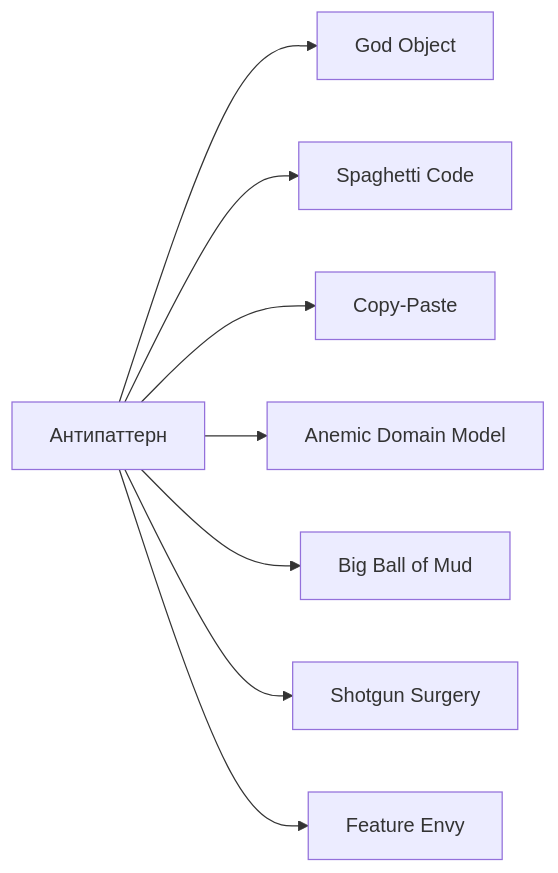
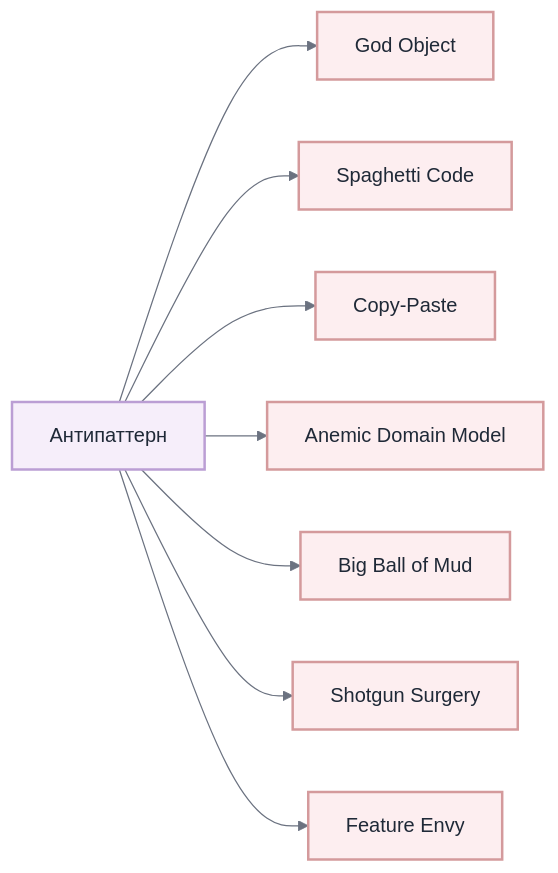
Before and after one commit to MishaSytch/middle_java_back: diagram 16 of 16 in docs/interview/design-patterns.md, drawn with Mermaid. The commit also changed other lines of this file and 15 other files, not shown here.

````diff
--- a/docs/interview/design-patterns.md
+++ b/docs/interview/design-patterns.md
@@ -316,10 +492,21 @@
 ```mermaid
+%%{init: { 'theme': 'neutral', 'themeVariables': { 'primaryColor': '#ffffff', 'primaryTextColor': '#1f2937', 'lineColor': '#6b7280', 'primaryBorderColor': '#d1d5db', 'secondaryColor': '#f3f4f6', 'tertiaryColor': '#e5e7eb' } } }%%
 flowchart LR
     AP[Антипаттерн] --> G[God Object]
     AP --> S[Spaghetti Code]
     AP --> CP[Copy-Paste]
     AP --> AN[Anemic Domain Model]
     AP --> BB[Big Ball of Mud]
     AP --> SS[Shotgun Surgery]
     AP --> FE[Feature Envy]
+    classDef n0 fill:#fdeef0,stroke:#d49a9c,stroke-width:2px,color:#1f2937
+    classDef n1 fill:#f6eefa,stroke:#bb9ed4,stroke-width:2px,color:#1f2937
+    class AP n1
+    class G n0
+    class S n0
+    class CP n0
+    class AN n0
+    class BB n0
+    class SS n0
+    class FE n0
 ```
````
